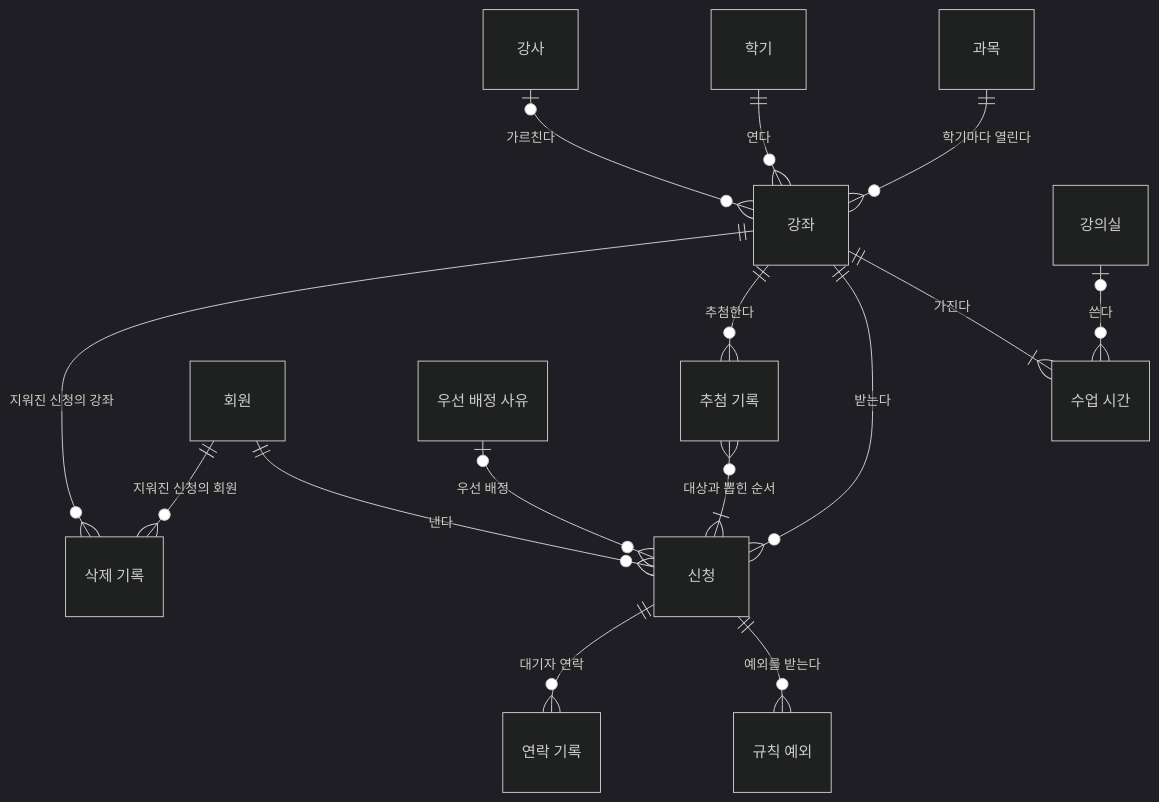
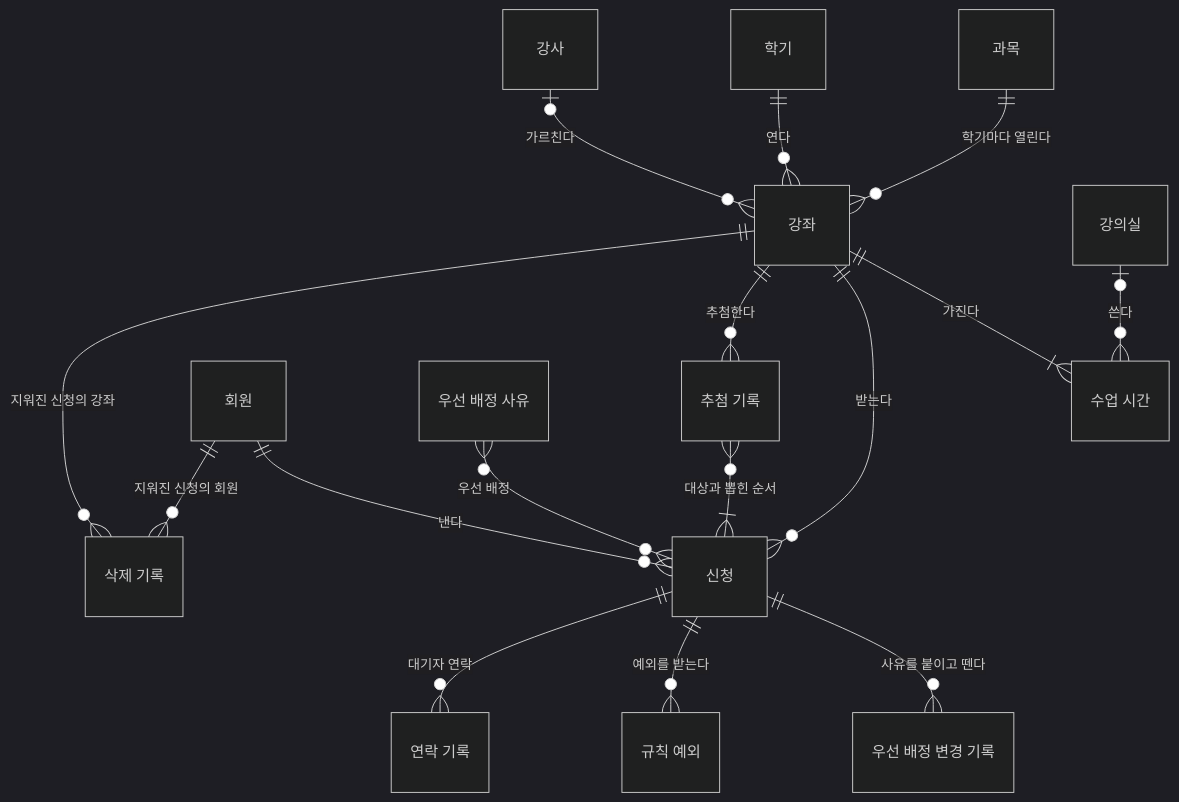
The first of 2 diagrams in docs/domain/ERD.md (Homeria/baeum-maru), drawn with Mermaid (dark theme) before and after one commit. The commit also changed other lines of this file and 64 other files, not shown here.

````diff
--- a/docs/domain/ERD.md
+++ b/docs/domain/ERD.md
@@ -10,34 +10,36 @@
 ```mermaid
 erDiagram
     Term["학기"]
     Subject["과목"]
     Course["강좌"]
     Schedule["수업 시간"]
     Instructor["강사"]
     Room["강의실"]
     Member["회원"]
     Application["신청"]
     PriorityReason["우선 배정 사유"]
     RuleOverride["규칙 예외"]
     ContactLog["연락 기록"]
     LotteryRun["추첨 기록"]
     DeletionRecord["삭제 기록"]
+    PriorityChange["우선 배정 변경 기록"]
 
     Subject ||--o{ Course : "학기마다 열린다"
     Term ||--o{ Course : "연다"
     Course ||--|{ Schedule : "가진다"
     Instructor |o--o{ Course : "가르친다"
     Room |o--o{ Schedule : "쓴다"
 
     Member ||--o{ Application : "낸다"
     Course ||--o{ Application : "받는다"
-    PriorityReason |o--o{ Application : "우선 배정"
+    PriorityReason }o--o{ Application : "우선 배정"
+    Application ||--o{ PriorityChange : "사유를 붙이고 뗀다"
     Application ||--o{ RuleOverride : "예외를 받는다"
     Application ||--o{ ContactLog : "대기자 연락"
 
     Course ||--o{ LotteryRun : "추첨한다"
     LotteryRun }o--|{ Application : "대상과 뽑힌 순서"
 
     Member ||--o{ DeletionRecord : "지워진 신청의 회원"
     Course ||--o{ DeletionRecord : "지워진 신청의 강좌"
 ```
````
